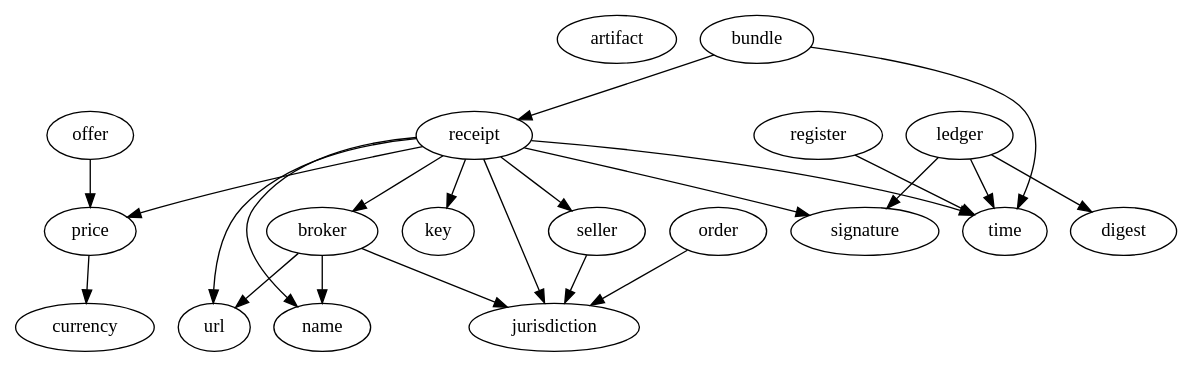
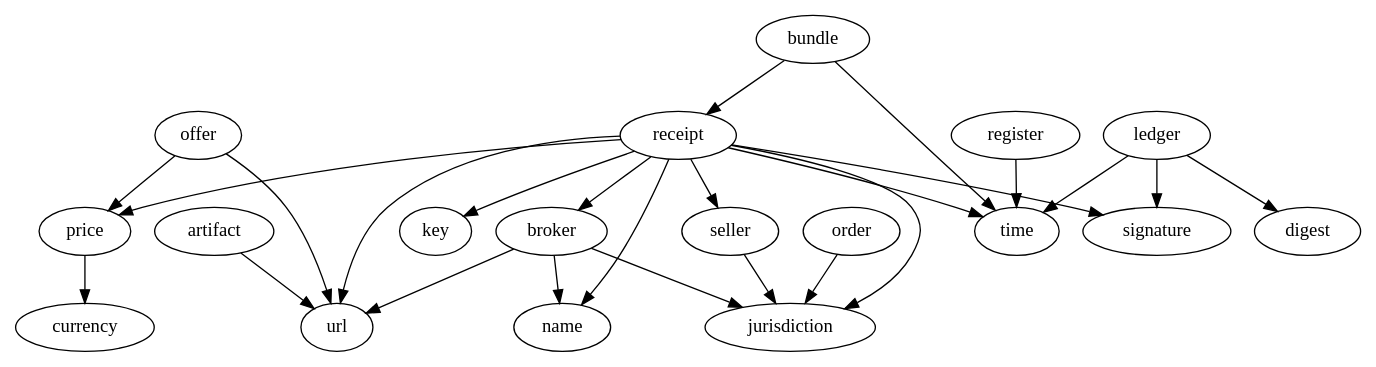
One commit to licensezero/protocol.licensezero.com changed the diagram in 1.0.0-pre/schemas.dot. Above: the diagram before and after it, drawn with Graphviz. The commit also changed 3 other files, not shown here.

```diff
--- a/1.0.0-pre/schemas.dot
+++ b/1.0.0-pre/schemas.dot
@@ -1,31 +1,31 @@
 digraph {
   artifact[href="https://protocol.licensezero.com/1.0.0-pre/artifact.json"];
   broker[href="https://protocol.licensezero.com/1.0.0-pre/broker.json"];
   bundle[href="https://protocol.licensezero.com/1.0.0-pre/bundle.json"];
   currency[href="https://protocol.licensezero.com/1.0.0-pre/currency.json"];
   digest[href="https://protocol.licensezero.com/1.0.0-pre/digest.json"];
   jurisdiction[href="https://protocol.licensezero.com/1.0.0-pre/jurisdiction.json"];
   key[href="https://protocol.licensezero.com/1.0.0-pre/key.json"];
   ledger[href="https://protocol.licensezero.com/1.0.0-pre/ledger.json"];
   name[href="https://protocol.licensezero.com/1.0.0-pre/name.json"];
   offer[href="https://protocol.licensezero.com/1.0.0-pre/offer.json"];
   order[href="https://protocol.licensezero.com/1.0.0-pre/order.json"];
   price[href="https://protocol.licensezero.com/1.0.0-pre/price.json"];
   receipt[href="https://protocol.licensezero.com/1.0.0-pre/receipt.json"];
   register[href="https://protocol.licensezero.com/1.0.0-pre/register.json"];
   seller[href="https://protocol.licensezero.com/1.0.0-pre/seller.json"];
   signature[href="https://protocol.licensezero.com/1.0.0-pre/signature.json"];
   time[href="https://protocol.licensezero.com/1.0.0-pre/time.json"];
   url[href="https://protocol.licensezero.com/1.0.0-pre/url.json"];
 
-  artifact;
+  artifact -> {url};
   broker -> {jurisdiction, name, url};
   bundle -> {time, receipt};
   ledger -> {digest, signature, time};
-  offer -> {price};
+  offer -> {price, url};
   order -> {jurisdiction};
   price -> {currency};
   receipt -> {key, url, time, price, jurisdiction, name, seller, broker, signature};
   register -> {time};
   seller -> {jurisdiction};
 }
```
